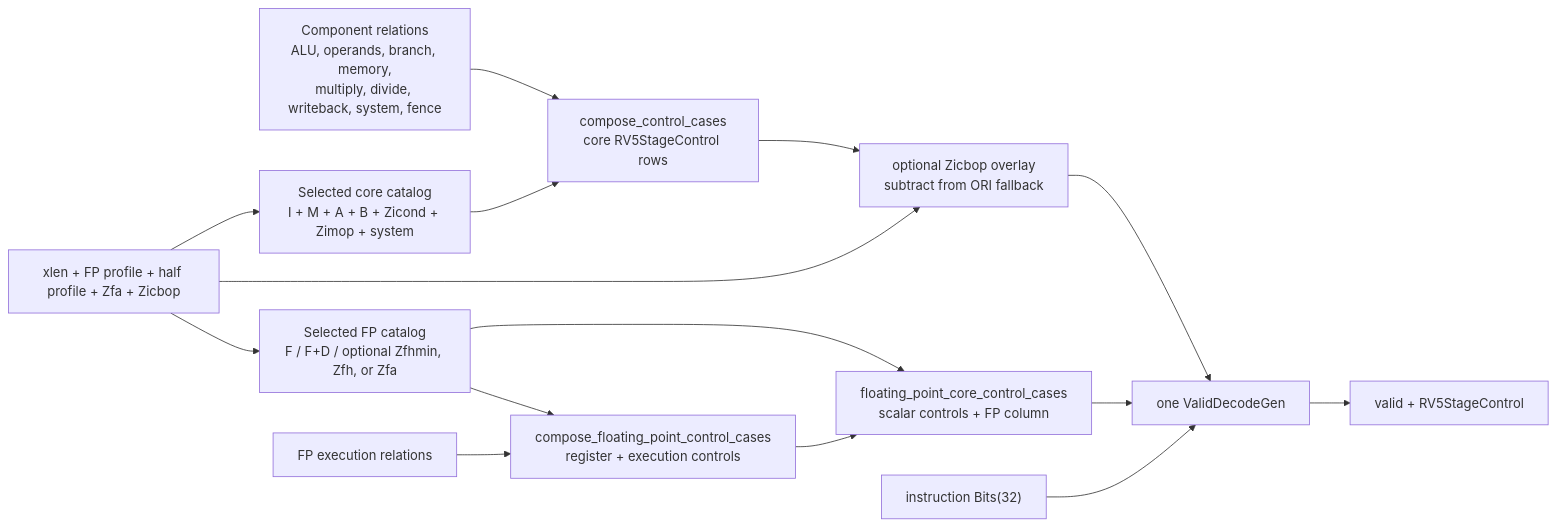
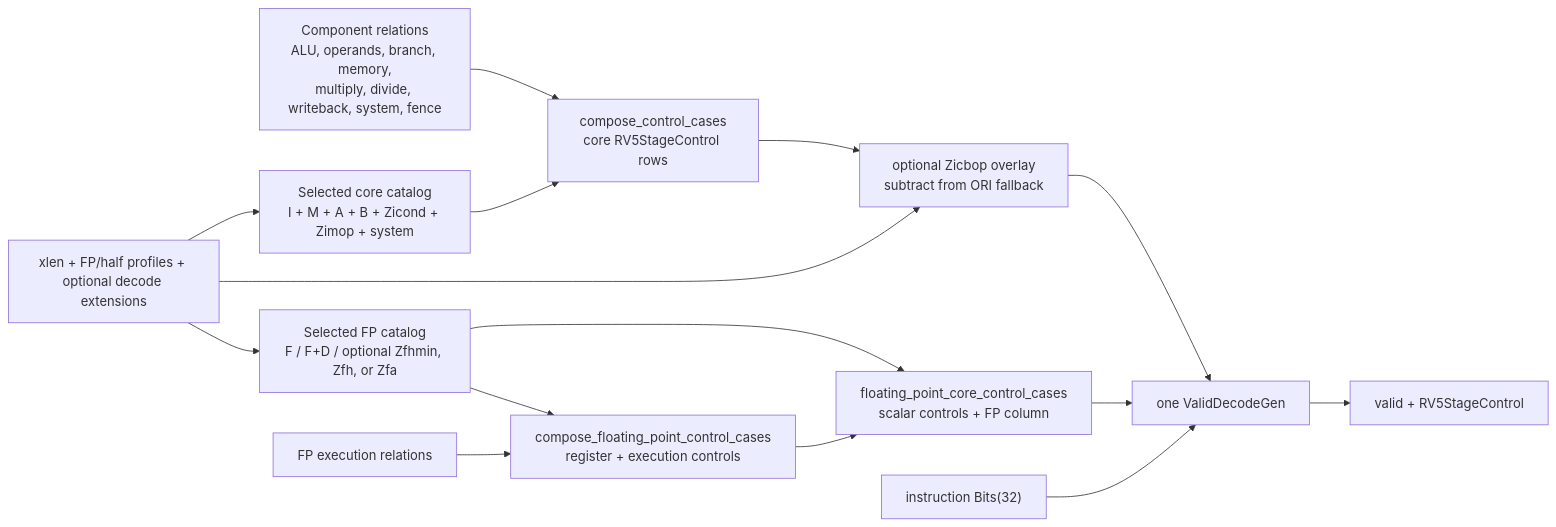
The diagram in cores/rv5stage/decode/README.md (jerryz123/rhodium), drawn with Mermaid before and after one commit. The commit also changed other lines of this file and 16 other files, not shown here.

````diff
--- a/cores/rv5stage/decode/README.md
+++ b/cores/rv5stage/decode/README.md
@@ -53,28 +53,28 @@
 ```mermaid
 flowchart LR
-    PARAMS["xlen + FP profile + half profile + Zfa + Zicbop"]
+    PARAMS["xlen + FP/half profiles + optional decode extensions"]
     CORECAT["Selected core catalog<br/>I + M + A + B + Zicond + Zimop + system"]
     FPCAT["Selected FP catalog<br/>F / F+D / optional Zfhmin, Zfh, or Zfa"]
     COLUMNS["Component relations<br/>ALU, operands, branch, memory,<br/>multiply, divide, writeback, system, fence"]
     COREROWS["compose_control_cases<br/>core RV5StageControl rows"]
     FPEXEC["FP execution relations"]
     FPROWS["compose_floating_point_control_cases<br/>register + execution controls"]
     FPINTEGRATE["floating_point_core_control_cases<br/>scalar controls + FP column"]
     OVERLAY["optional Zicbop overlay<br/>subtract from ORI fallback"]
     TABLE["one ValidDecodeGen"]
     INPUT["instruction Bits(32)"]
     OUTPUT["valid + RV5StageControl"]
 
     PARAMS --> CORECAT
     PARAMS --> FPCAT
     COLUMNS --> COREROWS
     CORECAT --> COREROWS
     FPCAT --> FPROWS
     FPEXEC --> FPROWS
     FPCAT --> FPINTEGRATE
     FPROWS --> FPINTEGRATE
     COREROWS --> OVERLAY --> TABLE
     PARAMS --> OVERLAY
     FPINTEGRATE --> TABLE
     INPUT --> TABLE --> OUTPUT
 ```
````
